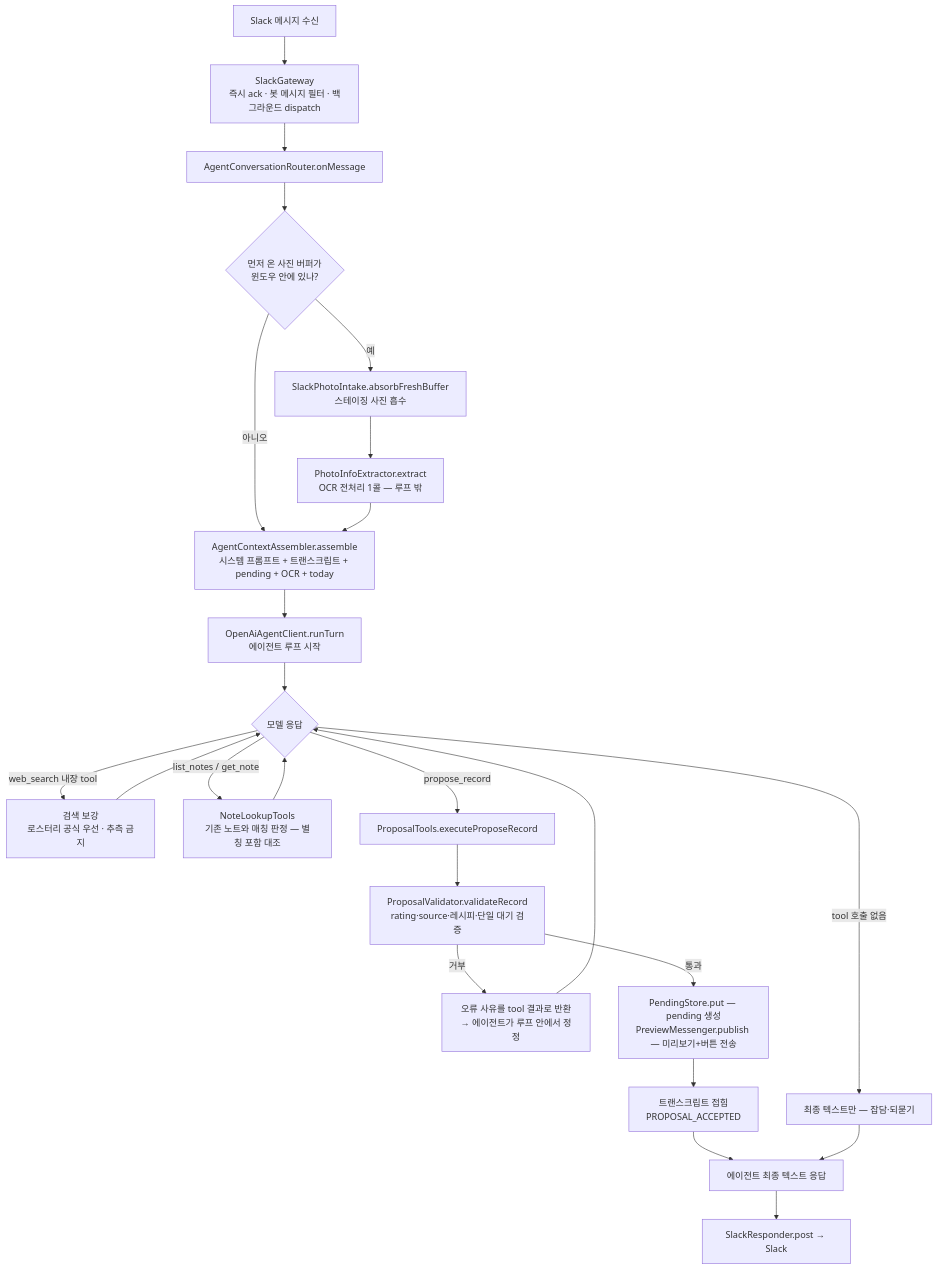
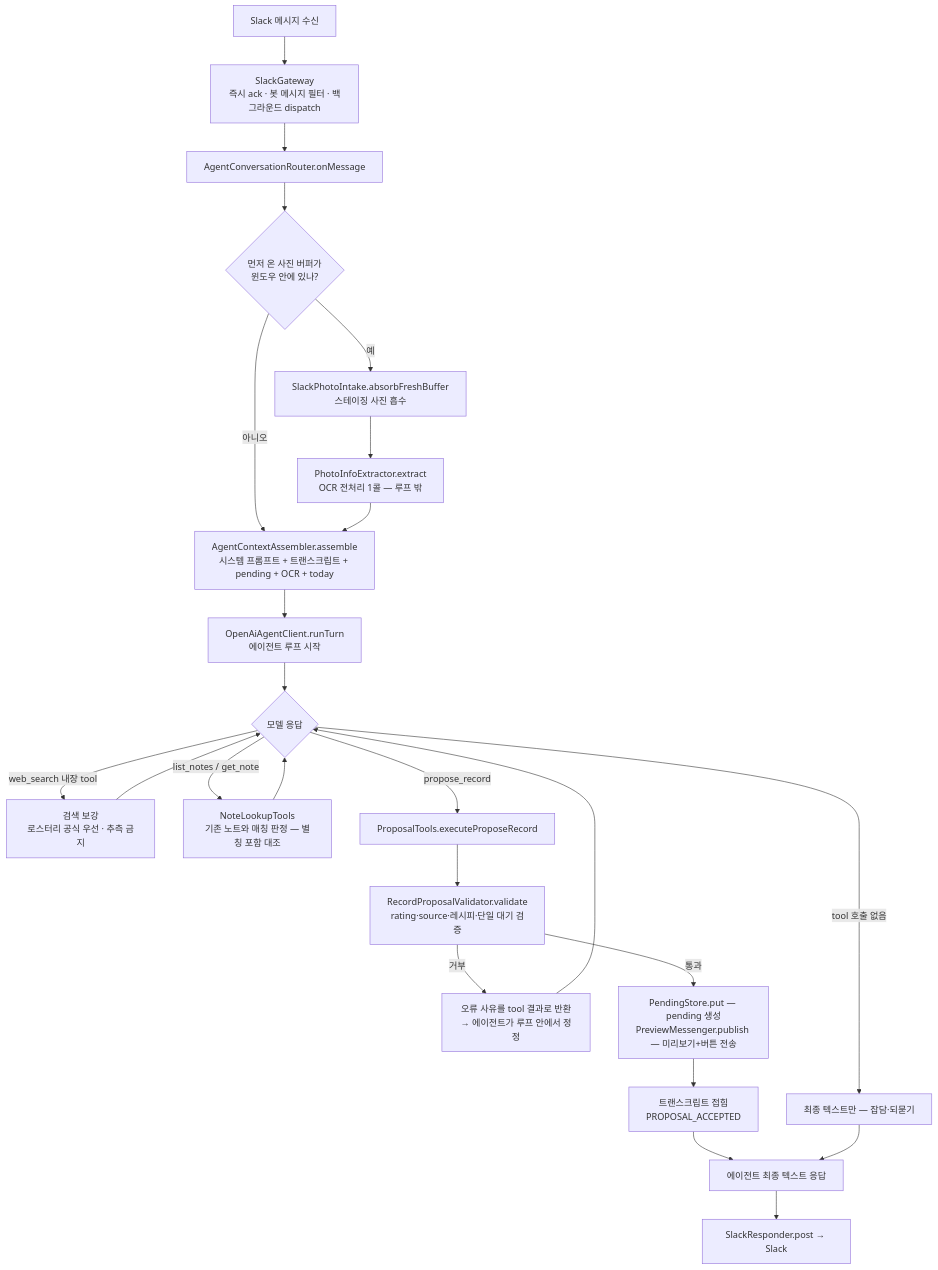
One commit to devwuu/mocha changed the second of 8 diagrams in docs/architecture-classes-and-flows.md. Above: the diagram before and after it, drawn with Mermaid. The commit also changed other lines of this file and 22 other files, not shown here.

Commit message:
TΔ2b2 검증 진입점 분할 — `RecordProposalValidator`·`EditProposalValidator`

````diff
--- a/docs/architecture-classes-and-flows.md
+++ b/docs/architecture-classes-and-flows.md
@@ -342,25 +342,25 @@
 ```mermaid
 flowchart TB
     A[Slack 메시지 수신] --> B[SlackGateway<br/>즉시 ack · 봇 메시지 필터 · 백그라운드 dispatch]
     B --> C[AgentConversationRouter.onMessage]
     C --> D{먼저 온 사진 버퍼가<br/>윈도우 안에 있나?}
     D -->|예| E[SlackPhotoIntake.absorbFreshBuffer<br/>스테이징 사진 흡수]
     E --> F[PhotoInfoExtractor.extract<br/>OCR 전처리 1콜 — 루프 밖]
     D -->|아니오| G
     F --> G[AgentContextAssembler.assemble<br/>시스템 프롬프트 + 트랜스크립트 + pending + OCR + today]
     G --> H[OpenAiAgentClient.runTurn<br/>에이전트 루프 시작]
 
     H --> I{모델 응답}
     I -->|web_search 내장 tool| I2[검색 보강<br/>로스터리 공식 우선 · 추측 금지] --> I
     I -->|list_notes / get_note| I3[NoteLookupTools<br/>기존 노트와 매칭 판정 — 별칭 포함 대조] --> I
     I -->|propose_record| J[ProposalTools.executeProposeRecord]
     I -->|tool 호출 없음| K[최종 텍스트만 — 잡담·되묻기]
 
-    J --> L[ProposalValidator.validateRecord<br/>rating·source·레시피·단일 대기 검증]
+    J --> L[RecordProposalValidator.validate<br/>rating·source·레시피·단일 대기 검증]
     L -->|거부| M["오류 사유를 tool 결과로 반환<br/>→ 에이전트가 루프 안에서 정정"] --> I
     L -->|통과| N[PendingStore.put — pending 생성<br/>PreviewMessenger.publish — 미리보기+버튼 전송]
     N --> O[트랜스크립트 접힘<br/>PROPOSAL_ACCEPTED]
     O --> P[에이전트 최종 텍스트 응답]
     K --> P
     P --> Q[SlackResponder.post → Slack]
 ```
````
